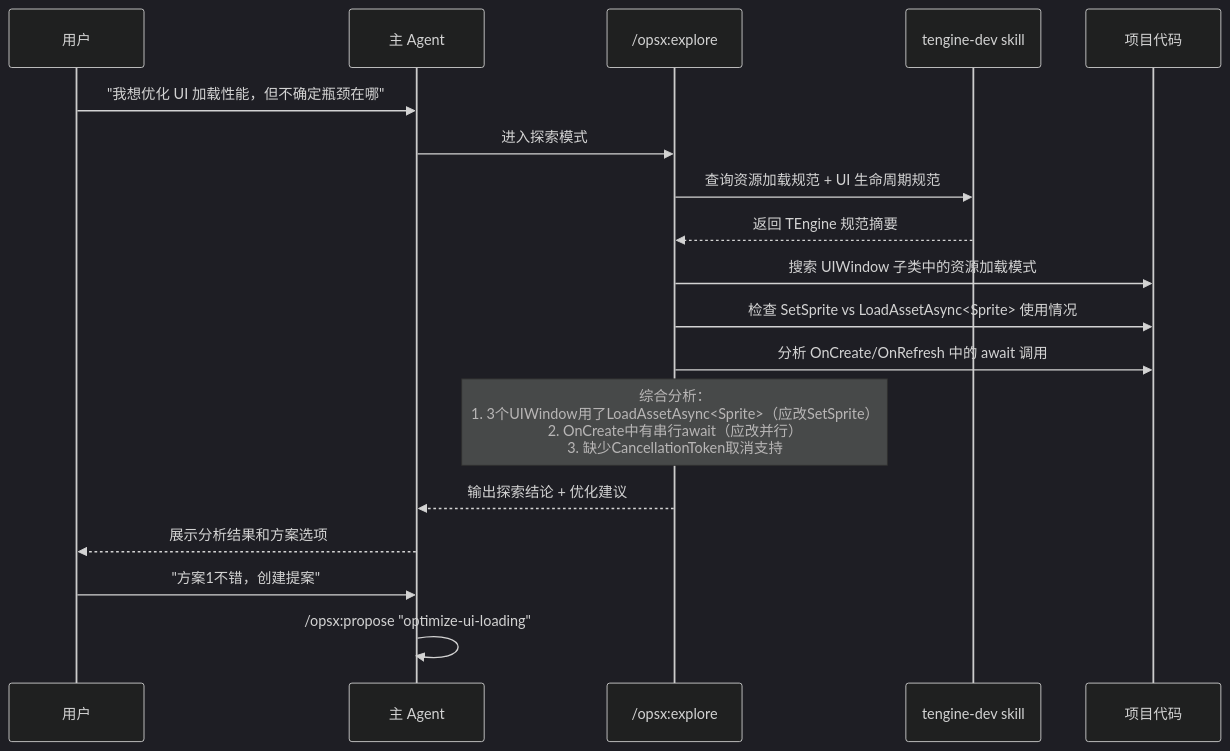
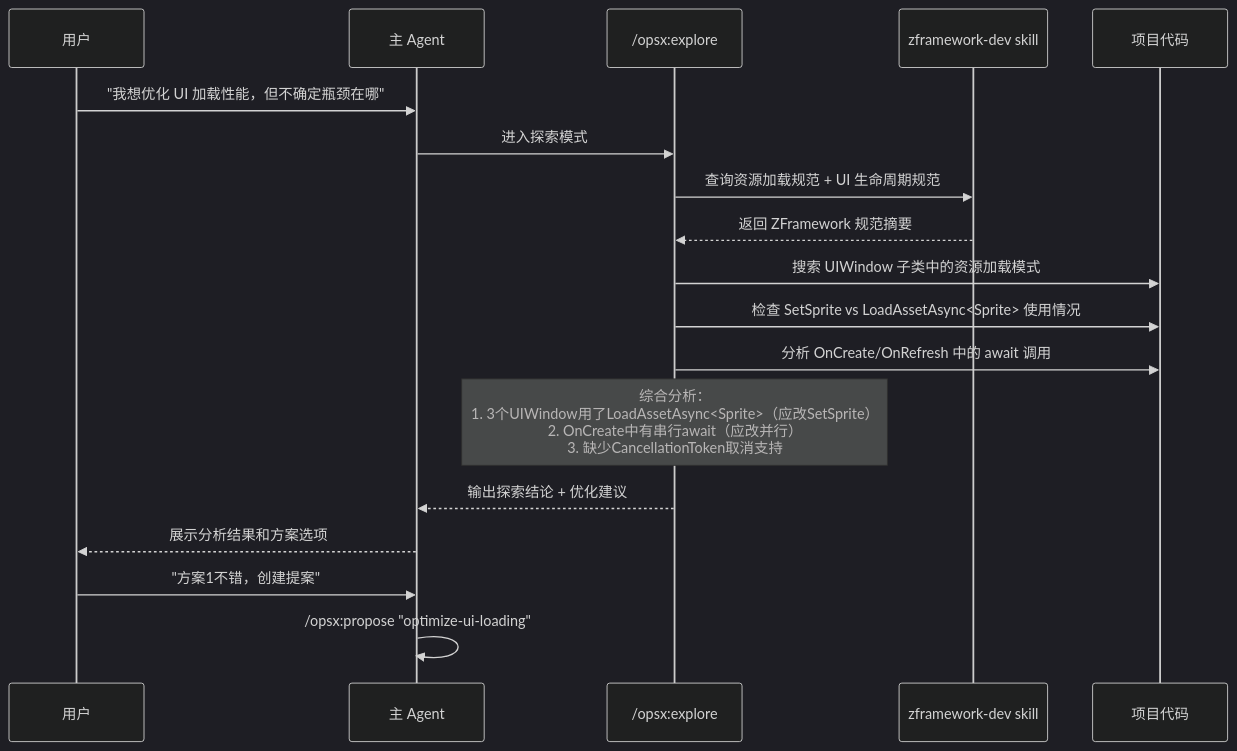
The ninth of 17 diagrams in Books/AI-Development-Workflow.md (Hubr1zz/ZFramework), drawn with Mermaid (dark theme) before and after one commit. The commit also changed other lines of this file and 1773 other files, not shown here.

````diff
--- a/Books/AI-Development-Workflow.md
+++ b/Books/AI-Development-Workflow.md
@@ -560,26 +560,26 @@
 ```mermaid
 sequenceDiagram
     participant U as 用户
     participant M as 主 Agent
     participant E as /opsx:explore
-    participant S as tengine-dev skill
+    participant S as zframework-dev skill
     participant Code as 项目代码
 
     U->>M: "我想优化 UI 加载性能，但不确定瓶颈在哪"
     M->>E: 进入探索模式
 
     E->>S: 查询资源加载规范 + UI 生命周期规范
-    S-->>E: 返回 TEngine 规范摘要
+    S-->>E: 返回 ZFramework 规范摘要
 
     E->>Code: 搜索 UIWindow 子类中的资源加载模式
     E->>Code: 检查 SetSprite vs LoadAssetAsync<Sprite> 使用情况
     E->>Code: 分析 OnCreate/OnRefresh 中的 await 调用
 
     Note over E: 综合分析：<br/>1. 3个UIWindow用了LoadAssetAsync<Sprite>（应改SetSprite）<br/>2. OnCreate中有串行await（应改并行）<br/>3. 缺少CancellationToken取消支持
 
     E-->>M: 输出探索结论 + 优化建议
     M-->>U: 展示分析结果和方案选项
 
     U->>M: "方案1不错，创建提案"
     M->>M: /opsx:propose "optimize-ui-loading"
 ```
````
